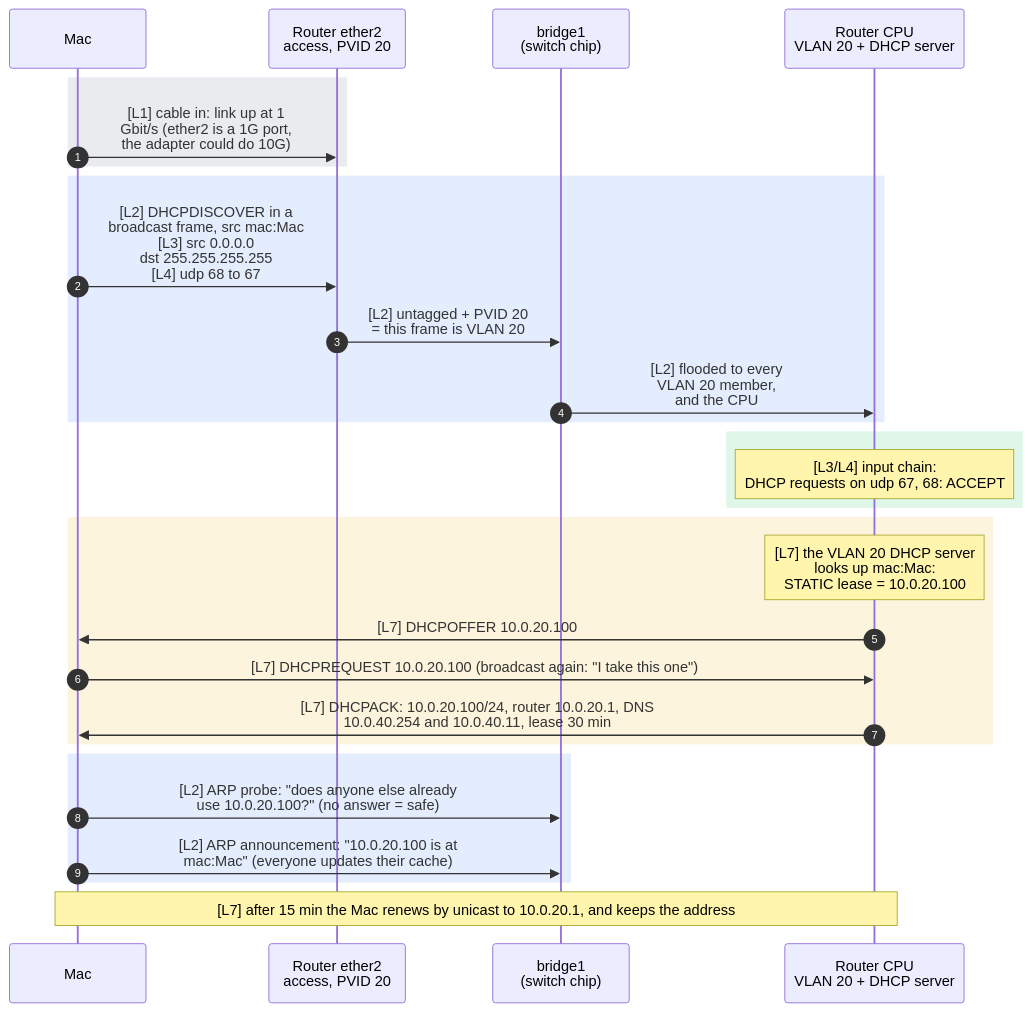
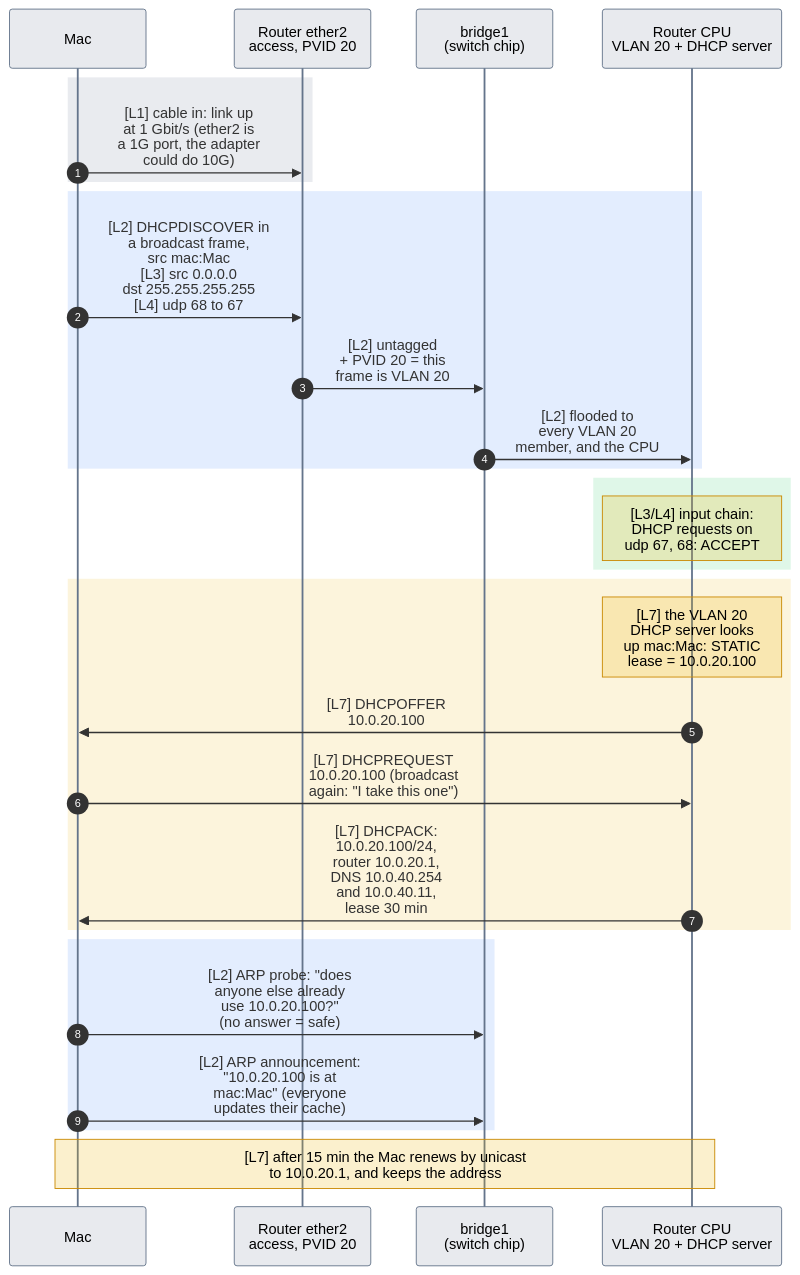
The second of 6 diagrams in content/pages/networking/basics/router-essentials.mdx (mithun3/tech-blog), drawn with Mermaid before and after one commit. The commit also changed other lines of this file and 8 other files, not shown here.

Commit message:
mermaid updates.

````diff
--- a/content/pages/networking/basics/router-essentials.mdx
+++ b/content/pages/networking/basics/router-essentials.mdx
@@ -83,30 +99,46 @@
 ```mermaid
+---
+config:
+  look: classic
+  fontFamily: "system-ui, -apple-system, Segoe UI, Roboto, Helvetica, Arial, sans-serif"
+  themeCSS: "rect.actor, rect.note { rx: 6px; ry: 6px; }"
+  themeVariables:
+    actorBkg: "#64748b26"
+    actorBorder: "#64748b"
+    actorLineColor: "#64748b"
+    noteBkgColor: "#eab30833"
+    noteBorderColor: "#ca8a04"
+    labelBoxBkgColor: "#64748b33"
+    labelBoxBorderColor: "#64748b"
+    activationBkgColor: "#64748b40"
+    activationBorderColor: "#64748b"
+---
 sequenceDiagram
     autonumber
     participant Mac as Mac
     participant P2 as Router ether2<br/>access, PVID 20
     participant BR as bridge1<br/>(switch chip)
     participant CPU as Router CPU<br/>VLAN 20 + DHCP server
     rect rgba(100, 116, 139, 0.14)
-    Mac->>P2: [L1] cable in: link up at 1<br/>Gbit/s (ether2 is a 1G port,<br/>the adapter could do 10G)
+    Mac->>P2: [L1] cable in: link up<br/>at 1 Gbit/s (ether2 is<br/>a 1G port, the adapter<br/>could do 10G)
     end
     rect rgba(59, 130, 246, 0.14)
-    Mac->>P2: [L2] DHCPDISCOVER in a<br/>broadcast frame, src mac:Mac<br/>[L3] src 0.0.0.0<br/>dst 255.255.255.255<br/>[L4] udp 68 to 67
-    P2->>BR: [L2] untagged + PVID 20<br/>= this frame is VLAN 20
-    BR->>CPU: [L2] flooded to every<br/>VLAN 20 member,<br/>and the CPU
+    Mac->>P2: [L2] DHCPDISCOVER in<br/>a broadcast frame,<br/>src mac:Mac<br/>[L3] src 0.0.0.0<br/>dst 255.255.255.255<br/>[L4] udp 68 to 67
+    P2->>BR: [L2] untagged<br/>+ PVID 20 = this<br/>frame is VLAN 20
+    BR->>CPU: [L2] flooded to<br/>every VLAN 20<br/>member, and the CPU
     end
     rect rgba(34, 197, 94, 0.14)
-    Note over CPU: [L3/L4] input chain:<br/>DHCP requests on udp 67, 68: ACCEPT
+    Note over CPU: [L3/L4] input chain:<br/>DHCP requests on<br/>udp 67, 68: ACCEPT
     end
     rect rgba(234, 179, 8, 0.14)
-    Note over CPU: [L7] the VLAN 20 DHCP server<br/>looks up mac:Mac:<br/>STATIC lease = 10.0.20.100
-    CPU->>Mac: [L7] DHCPOFFER 10.0.20.100
-    Mac->>CPU: [L7] DHCPREQUEST 10.0.20.100 (broadcast again: "I take this one")
-    CPU->>Mac: [L7] DHCPACK: 10.0.20.100/24, router 10.0.20.1, DNS<br/>10.0.40.254 and 10.0.40.11, lease 30 min
+    Note over CPU: [L7] the VLAN 20<br/>DHCP server looks<br/>up mac:Mac: STATIC<br/>lease = 10.0.20.100
+    CPU->>Mac: [L7] DHCPOFFER<br/>10.0.20.100
+    Mac->>CPU: [L7] DHCPREQUEST<br/>10.0.20.100 (broadcast<br/>again: "I take this one")
+    CPU->>Mac: [L7] DHCPACK:<br/>10.0.20.100/24,<br/>router 10.0.20.1,<br/>DNS 10.0.40.254<br/>and 10.0.40.11,<br/>lease 30 min
     end
     rect rgba(59, 130, 246, 0.14)
-    Mac->>BR: [L2] ARP probe: "does anyone else already<br/>use 10.0.20.100?" (no answer = safe)
-    Mac->>BR: [L2] ARP announcement: "10.0.20.100 is at<br/>mac:Mac" (everyone updates their cache)
+    Mac->>BR: [L2] ARP probe: "does<br/>anyone else already<br/>use 10.0.20.100?"<br/>(no answer = safe)
+    Mac->>BR: [L2] ARP announcement:<br/>"10.0.20.100 is at<br/>mac:Mac" (everyone<br/>updates their cache)
     end
-    Note over Mac,CPU: [L7] after 15 min the Mac renews by unicast to 10.0.20.1, and keeps the address
+    Note over Mac,CPU: [L7] after 15 min the Mac renews by unicast<br/>to 10.0.20.1, and keeps the address
 ```
````
